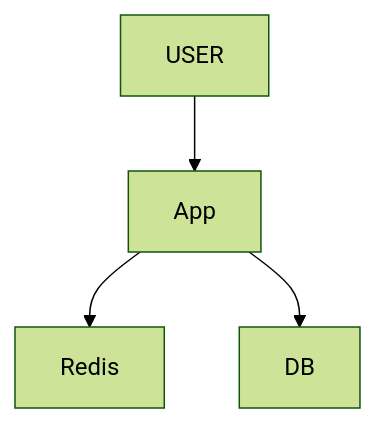
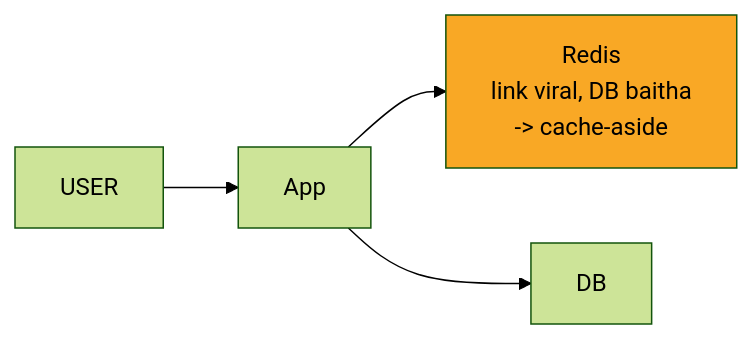
Before and after one commit to ArpanMaheshwari144/Prep: the second of 10 diagrams in 04_HLD/SYSTEM_DESIGNS/01_url_shortener/01_url_shortener.md, drawn with Mermaid (forest theme). The commit also changed other lines of this file and 2 other files, not shown here.

Commit message:
url shortener, rate limiter, twitter: one-day story, short cards, follow-ups with rules, highlighted diagrams

````diff
--- a/04_HLD/SYSTEM_DESIGNS/01_url_shortener/01_url_shortener.md
+++ b/04_HLD/SYSTEM_DESIGNS/01_url_shortener/01_url_shortener.md
@@ -108,10 +117,11 @@
 ```mermaid
-flowchart TD
+flowchart LR
     n_USER["USER"]
     n_App["App"]
-    n_Redis["Redis"]
+    n_Redis["Redis<br/>link viral, DB baitha<br/>-> cache-aside"]
     n_DB["DB"]
     n_USER --> n_App
     n_App --> n_Redis
     n_App --> n_DB
+    style n_Redis fill:#f9a825,color:#000
 ```
````
